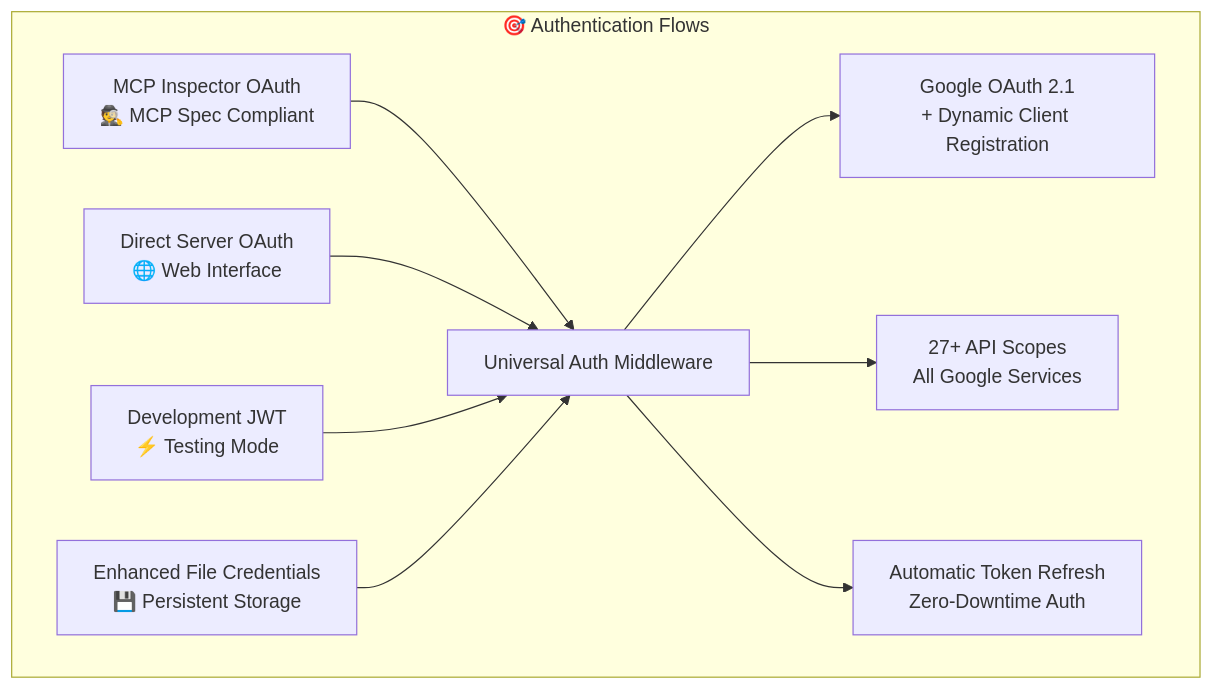
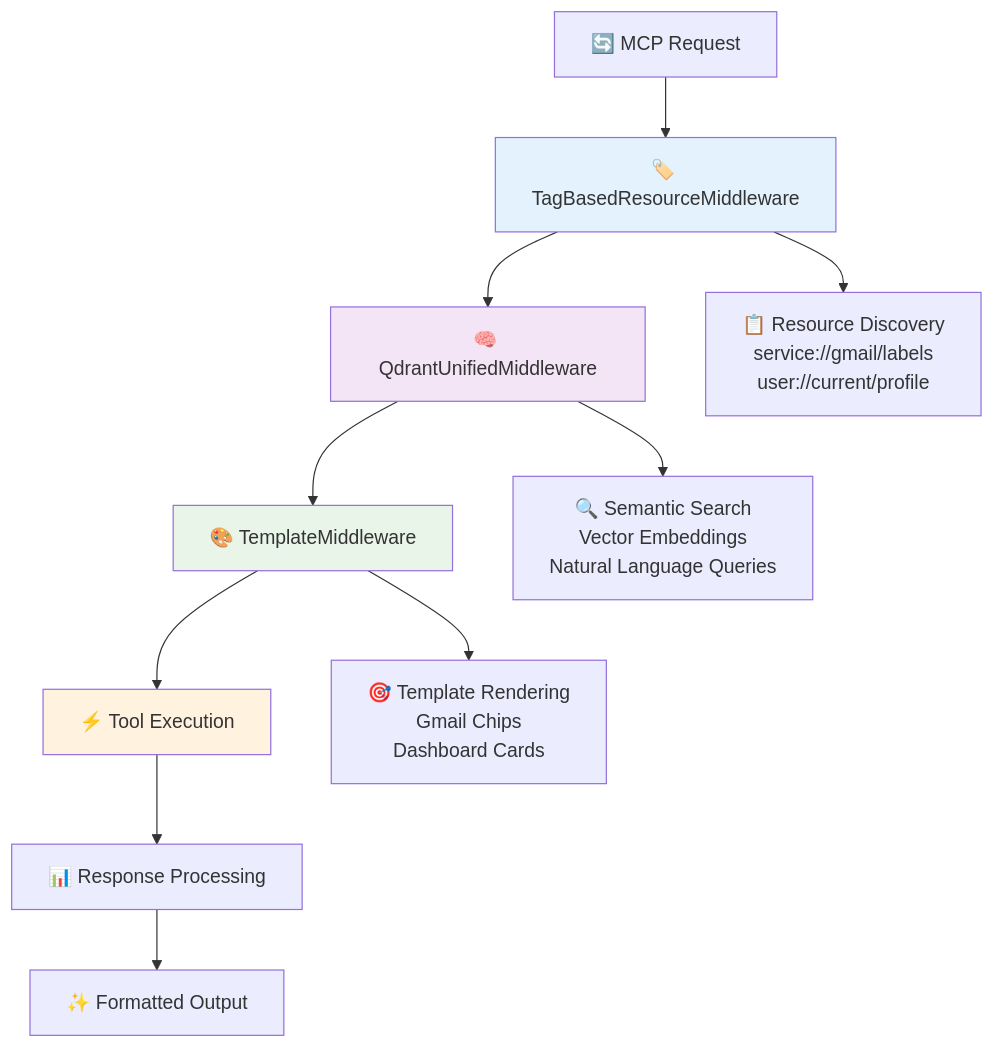
Before and after one commit to dipseth/google_workspace_fastmcp2: the second of 5 diagrams in README.md, drawn with Mermaid. The commit also changed other lines of this file and 106 other files, not shown here.

````diff
--- a/README.md
+++ b/README.md
@@ -176,13 +122,18 @@
 ```mermaid
-graph TB
-    subgraph "🎯 Authentication Flows"
-        A[MCP Inspector OAuth<br/>🕵️ MCP Spec Compliant] --> E[Universal Auth Middleware]
-        B[Direct Server OAuth<br/>🌐 Web Interface] --> E
-        C[Development JWT<br/>⚡ Testing Mode] --> E
-        D[Enhanced File Credentials<br/>💾 Persistent Storage] --> E
-        
-        E --> F[Google OAuth 2.1<br/>+ Dynamic Client Registration]
-        E --> G[27+ API Scopes<br/>All Google Services]
-        E --> H[Automatic Token Refresh<br/>Zero-Downtime Auth]
-    end
+graph TD
+    A[🔄 MCP Request] --> B[🏷️ TagBasedResourceMiddleware]
+    B --> C[🧠 QdrantUnifiedMiddleware]
+    C --> D[🎨 TemplateMiddleware]
+    D --> E[⚡ Tool Execution]
+    E --> F[📊 Response Processing]
+    F --> G[✨ Formatted Output]
+    
+    B --> H[📋 Resource Discovery<br/>service://gmail/labels<br/>user://current/profile]
+    C --> I[🔍 Semantic Search<br/>Vector Embeddings<br/>Natural Language Queries]
+    D --> J[🎯 Template Rendering<br/>Gmail Chips<br/>Dashboard Cards]
+    
+    style B fill:#e3f2fd
+    style C fill:#f3e5f5
+    style D fill:#e8f5e8
+    style E fill:#fff3e0
 ```
````
